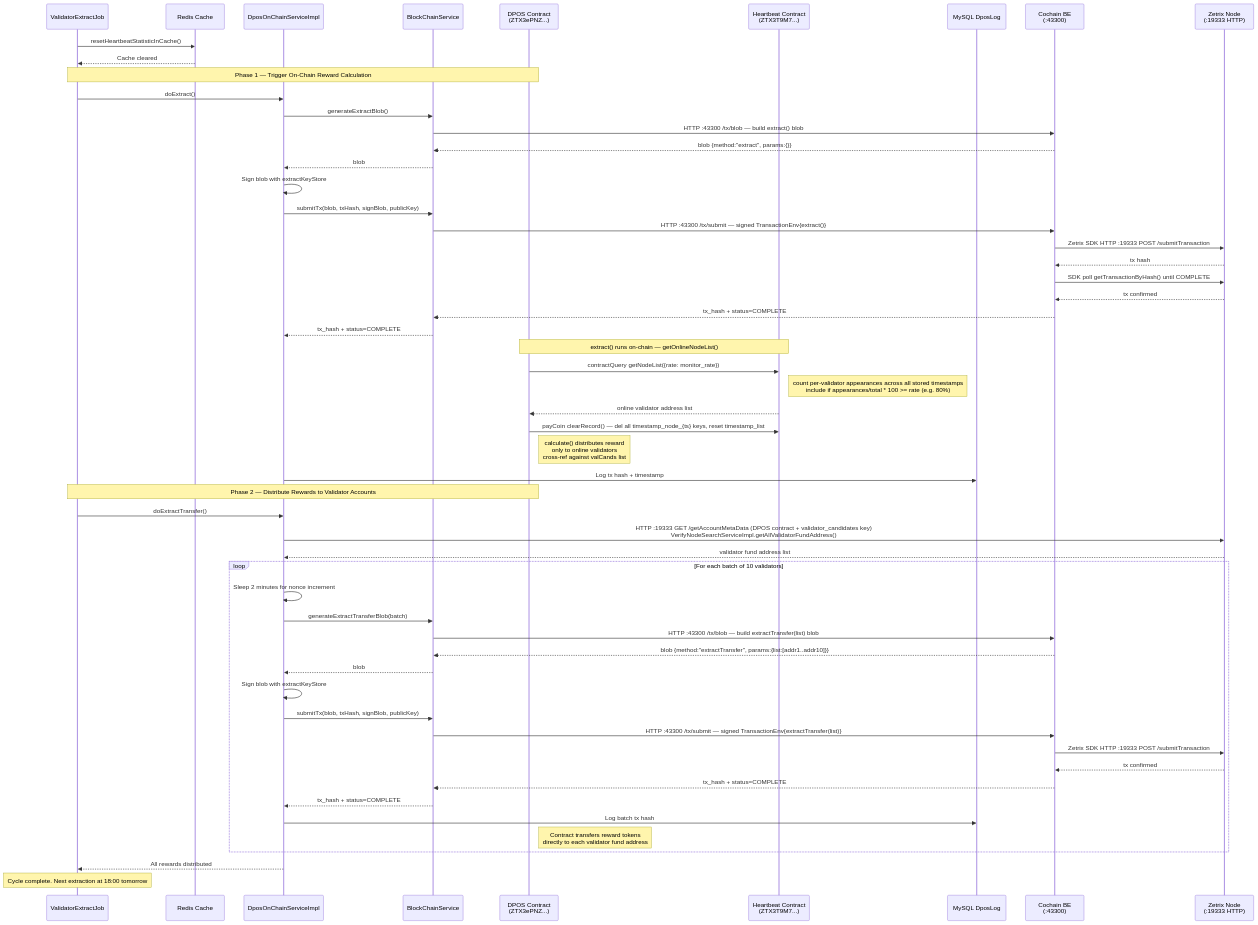
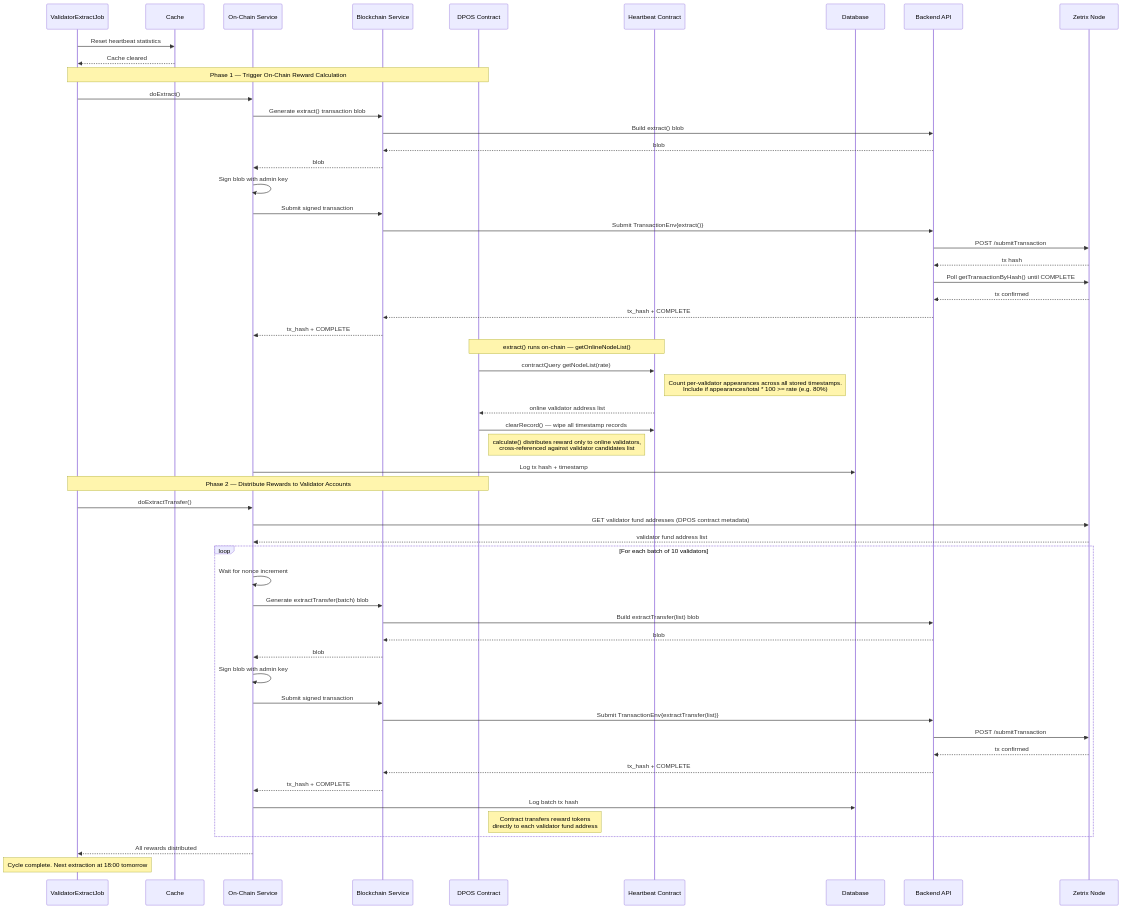
One commit to Maslan501/zetrix-doc changed the diagram in architecture/consensus-mechanism/dpos/reward-extraction-flow.md. Above: the diagram before and after it, drawn with Mermaid. The commit also changed 6 other files, not shown here.

````diff
--- a/architecture/consensus-mechanism/dpos/reward-extraction-flow.md
+++ b/architecture/consensus-mechanism/dpos/reward-extraction-flow.md
@@ -5,66 +5,66 @@
 ```mermaid
 sequenceDiagram
     participant JOB as ValidatorExtractJob
-    participant REDIS as Redis Cache
-    participant SVC as DposOnChainServiceImpl
-    participant BC as BlockChainService
-    participant CHAIN as DPOS Contract<br/>(ZTX3ePNZ...)
-    participant HB as Heartbeat Contract<br/>(ZTX3T9M7...)
-    participant DB as MySQL DposLog
+    participant CACHE as Cache
+    participant SVC as On-Chain Service
+    participant BC as Blockchain Service
+    participant CHAIN as DPOS Contract
+    participant HB as Heartbeat Contract
+    participant DB as Database
 
-    JOB->>REDIS: resetHeartbeatStatisticInCache()
-    REDIS-->>JOB: Cache cleared
+    JOB->>CACHE: Reset heartbeat statistics
+    CACHE-->>JOB: Cache cleared
 
     Note over JOB,CHAIN: Phase 1 — Trigger On-Chain Reward Calculation
 
-    participant CC as Cochain BE<br/>(:43300)
-    participant NODE as Zetrix Node<br/>(:19333 HTTP)
+    participant API as Backend API
+    participant NODE as Zetrix Node
 
     JOB->>SVC: doExtract()
-    SVC->>BC: generateExtractBlob()
-    BC->>CC: HTTP :43300 /tx/blob — build extract() blob
-    CC-->>BC: blob {method:"extract", params:{}}
+    SVC->>BC: Generate extract() transaction blob
+    BC->>API: Build extract() blob
+    API-->>BC: blob
     BC-->>SVC: blob
-    SVC->>SVC: Sign blob with extractKeyStore
-    SVC->>BC: submitTx(blob, txHash, signBlob, publicKey)
-    BC->>CC: HTTP :43300 /tx/submit — signed TransactionEnv{extract()}
-    CC->>NODE: Zetrix SDK HTTP :19333 POST /submitTransaction
-    NODE-->>CC: tx hash
-    CC->>NODE: SDK poll getTransactionByHash() until COMPLETE
-    NODE-->>CC: tx confirmed
-    CC-->>BC: tx_hash + status=COMPLETE
-    BC-->>SVC: tx_hash + status=COMPLETE
+    SVC->>SVC: Sign blob with admin key
+    SVC->>BC: Submit signed transaction
+    BC->>API: Submit TransactionEnv{extract()}
+    API->>NODE: POST /submitTransaction
+    NODE-->>API: tx hash
+    API->>NODE: Poll getTransactionByHash() until COMPLETE
+    NODE-->>API: tx confirmed
+    API-->>BC: tx_hash + COMPLETE
+    BC-->>SVC: tx_hash + COMPLETE
     Note over CHAIN,HB: extract() runs on-chain — getOnlineNodeList()
-    CHAIN->>HB: contractQuery getNodeList({rate: monitor_rate})
-    Note right of HB: count per-validator appearances across all stored timestamps<br/>include if appearances/total * 100 >= rate (e.g. 80%)
+    CHAIN->>HB: contractQuery getNodeList(rate)
+    Note right of HB: Count per-validator appearances across all stored timestamps.<br/>Include if appearances/total * 100 >= rate (e.g. 80%)
     HB-->>CHAIN: online validator address list
-    CHAIN->>HB: payCoin clearRecord() — del all timestamp_node_{ts} keys, reset timestamp_list
-    Note right of CHAIN: calculate() distributes reward<br/>only to online validators<br/>cross-ref against valCands list
+    CHAIN->>HB: clearRecord() — wipe all timestamp records
+    Note right of CHAIN: calculate() distributes reward only to online validators,<br/>cross-referenced against validator candidates list
     SVC->>DB: Log tx hash + timestamp
 
     Note over JOB,CHAIN: Phase 2 — Distribute Rewards to Validator Accounts
 
     JOB->>SVC: doExtractTransfer()
-    SVC->>NODE: HTTP :19333 GET /getAccountMetaData (DPOS contract + validator_candidates key)<br/>VerifyNodeSearchServiceImpl.getAllValidatorFundAddress()
+    SVC->>NODE: GET validator fund addresses (DPOS contract metadata)
     NODE-->>SVC: validator fund address list
 
     loop For each batch of 10 validators
-        SVC->>SVC: Sleep 2 minutes for nonce increment
-        SVC->>BC: generateExtractTransferBlob(batch)
-        BC->>CC: HTTP :43300 /tx/blob — build extractTransfer(list) blob
-        CC-->>BC: blob {method:"extractTransfer", params:{list:[addr1..addr10]}}
+        SVC->>SVC: Wait for nonce increment
+        SVC->>BC: Generate extractTransfer(batch) blob
+        BC->>API: Build extractTransfer(list) blob
+        API-->>BC: blob
         BC-->>SVC: blob
-        SVC->>SVC: Sign blob with extractKeyStore
-        SVC->>BC: submitTx(blob, txHash, signBlob, publicKey)
-        BC->>CC: HTTP :43300 /tx/submit — signed TransactionEnv{extractTransfer(list)}
-        CC->>NODE: Zetrix SDK HTTP :19333 POST /submitTransaction
-        NODE-->>CC: tx confirmed
-        CC-->>BC: tx_hash + status=COMPLETE
-        BC-->>SVC: tx_hash + status=COMPLETE
+        SVC->>SVC: Sign blob with admin key
+        SVC->>BC: Submit signed transaction
+        BC->>API: Submit TransactionEnv{extractTransfer(list)}
+        API->>NODE: POST /submitTransaction
+        NODE-->>API: tx confirmed
+        API-->>BC: tx_hash + COMPLETE
+        BC-->>SVC: tx_hash + COMPLETE
         SVC->>DB: Log batch tx hash
         Note right of CHAIN: Contract transfers reward tokens<br/>directly to each validator fund address
     end
 
     SVC-->>JOB: All rewards distributed
     Note over JOB: Cycle complete. Next extraction at 18:00 tomorrow
 ```
````
